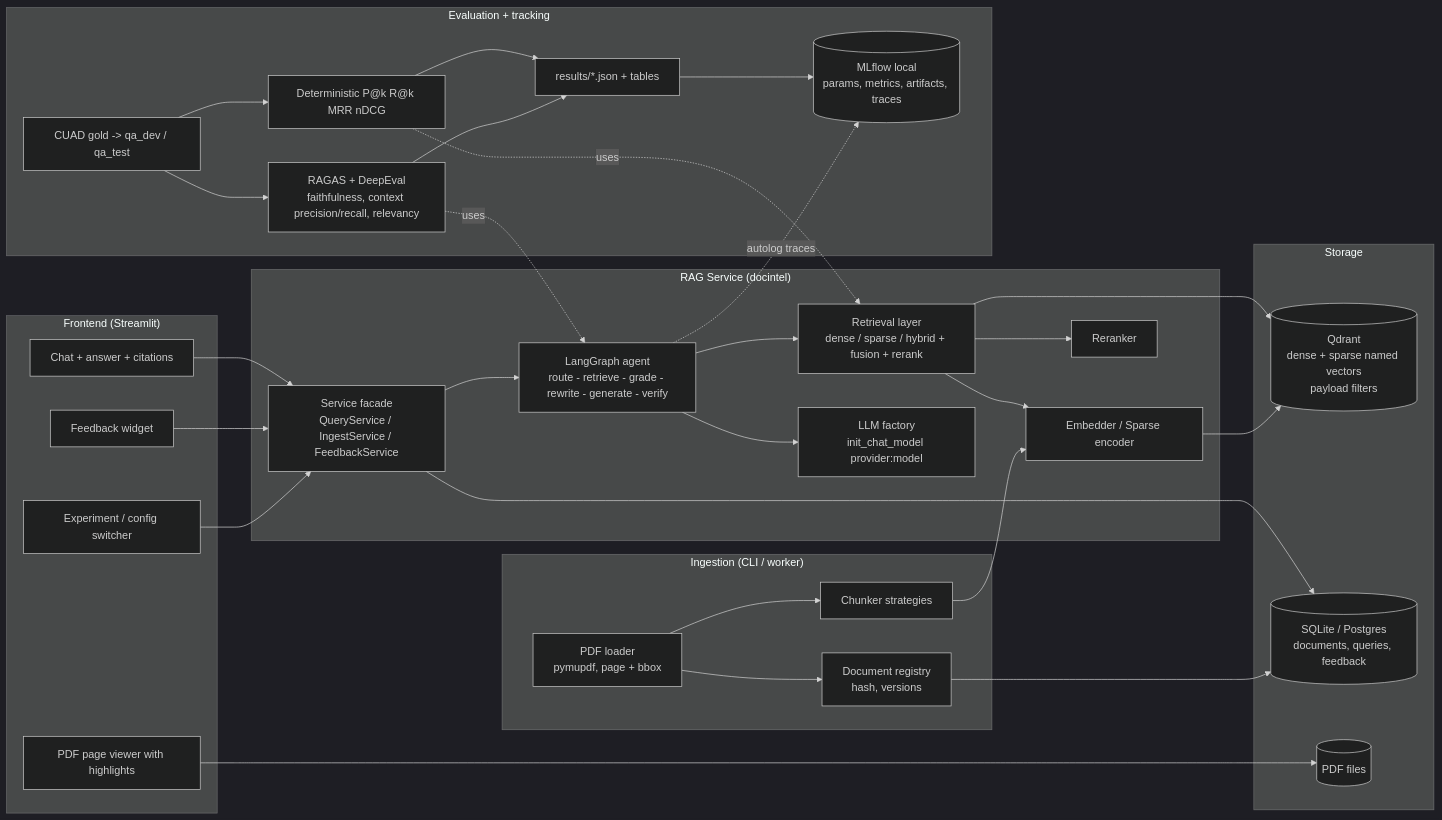
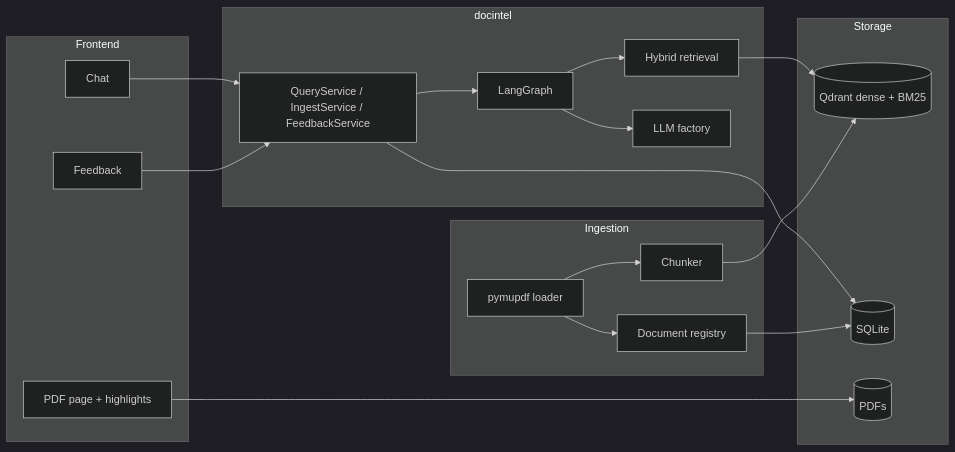
The first of 3 diagrams in docs/IMPLEMENTATION_PLAN.md (abhikdebnath24/document-intelligence), drawn with Mermaid (dark theme) before and after one commit. The commit also changed other lines of this file and 3 other files, not shown here.

````diff
--- a/docs/IMPLEMENTATION_PLAN.md
+++ b/docs/IMPLEMENTATION_PLAN.md
@@ -216,55 +78,35 @@
 ```mermaid
 flowchart LR
-  subgraph UI["Frontend (Streamlit)"]
-    Chat[Chat + answer + citations]
-    Viewer[PDF page viewer with highlights]
-    FB[Feedback widget]
-    Cfg[Experiment / config switcher]
+  subgraph UI["Frontend"]
+    Chat[Chat]
+    Viewer[PDF page + highlights]
+    FB[Feedback]
   end
 
-  subgraph SVC["RAG Service (docintel)"]
-    API[Service facade<br/>QueryService / IngestService / FeedbackService]
-    Graph[LangGraph agent<br/>route - retrieve - grade - rewrite - generate - verify]
-    Ret[Retrieval layer<br/>dense / sparse / hybrid + fusion + rerank]
-    LLM[LLM factory<br/>init_chat_model provider:model]
-    Emb[Embedder / Sparse encoder]
-    RR[Reranker]
+  subgraph SVC["docintel"]
+    API[QueryService / IngestService / FeedbackService]
+    Graph[LangGraph]
+    Ret[Hybrid retrieval]
+    LLM[LLM factory]
   end
 
-  subgraph ING["Ingestion (CLI / worker)"]
-    Load[PDF loader<br/>pymupdf, page + bbox]
-    Chunk[Chunker strategies]
-    Reg[Document registry<br/>hash, versions]
+  subgraph ING["Ingestion"]
+    Load[pymupdf loader]
+    Chunk[Chunker]
+    Reg[Document registry]
   end
 
   subgraph STORE["Storage"]
-    Q[(Qdrant<br/>dense + sparse named vectors<br/>payload filters)]
-    SQL[(SQLite / Postgres<br/>documents, queries, feedback)]
-    FS[(PDF files)]
-  end
-
-  subgraph EVAL["Evaluation + tracking"]
-    Gold[CUAD gold -> qa_dev / qa_test]
-    Det[Deterministic P@k R@k MRR nDCG]
-    Ragas[RAGAS + DeepEval<br/>faithfulness, context precision/recall, relevancy]
-    Res[results/*.json + tables]
-    ML[(MLflow local<br/>params, metrics, artifacts, traces)]
+    Q[(Qdrant dense + BM25)]
+    SQL[(SQLite)]
+    FS[(PDFs)]
   end
 
   Chat --> API --> Graph
   Graph --> Ret --> Q
-  Ret --> RR
   Graph --> LLM
-  Ret --> Emb
   Viewer --> FS
   FB --> API --> SQL
-  Cfg --> API
-  Load --> Chunk --> Emb --> Q
+  Load --> Chunk --> Q
   Load --> Reg --> SQL
-  Gold --> Det --> Res
-  Gold --> Ragas --> Res
-  Res --> ML
-  Graph -.autolog traces.-> ML
-  Det -.uses.-> Ret
-  Ragas -.uses.-> Graph
 ```
````
